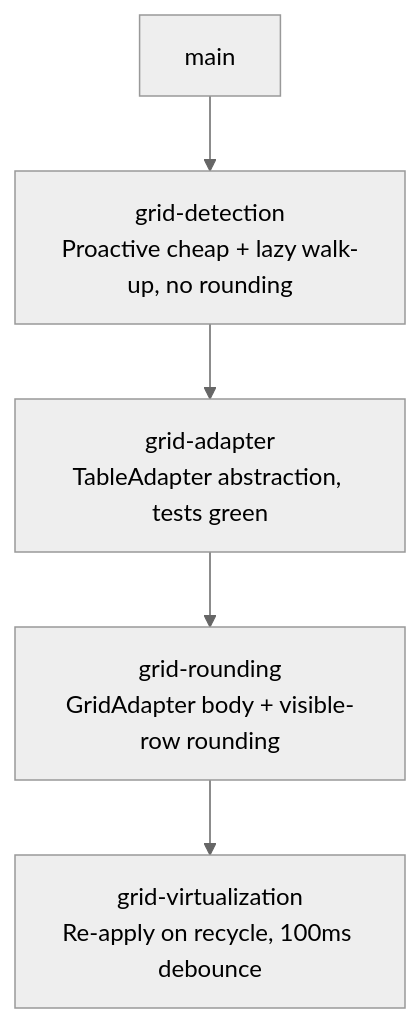
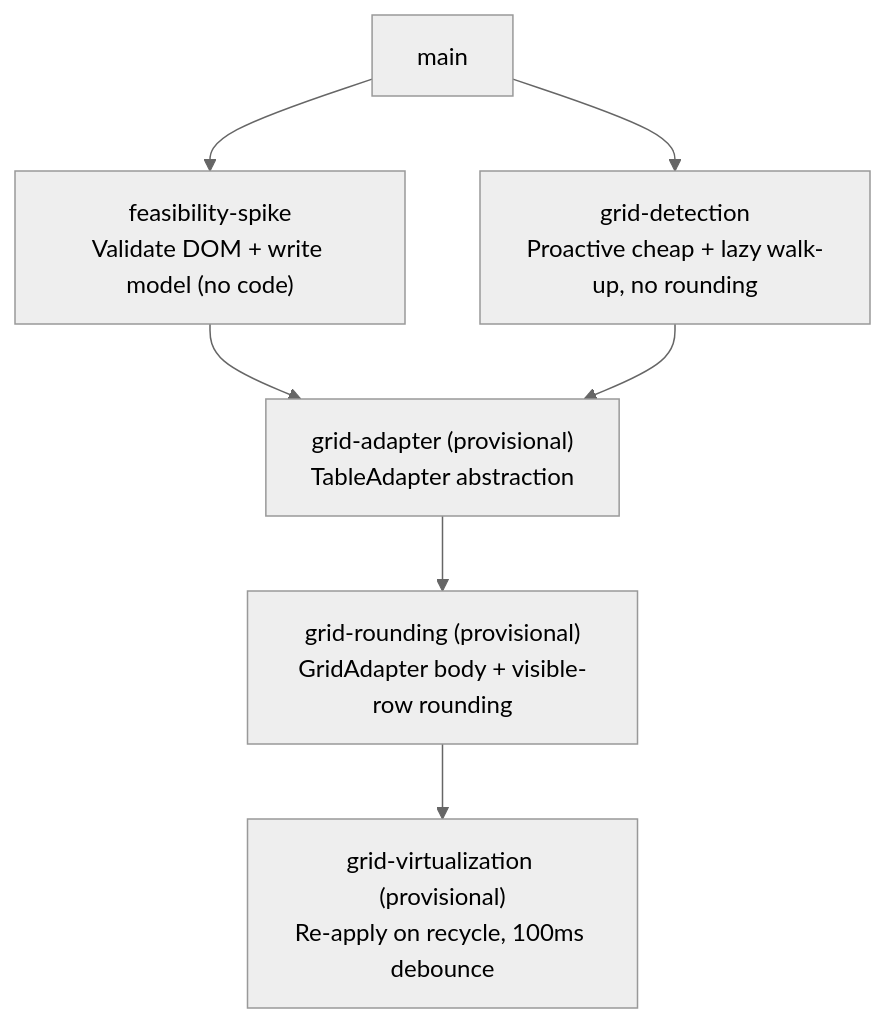
Before and after one commit to ArieFisher/dynamic-rounding: the diagram in docs/sprint-plans/grid-support.md, drawn with Mermaid (neutral theme). The commit also changed other lines of this file and 1 other file, not shown here.

First line of the commit message:
plan(grid-support): add feasibility spike (Sprint 0); encode risk-driven sequencing in sprint-plan skill

````diff
--- a/docs/sprint-plans/grid-support.md
+++ b/docs/sprint-plans/grid-support.md
@@ -247,12 +258,15 @@
 ```mermaid
 flowchart TD
     base[main]
+    s0["feasibility-spike<br/>Validate DOM + write model (no code)"]
     s1["grid-detection<br/>Proactive cheap + lazy walk-up, no rounding"]
-    s2["grid-adapter<br/>TableAdapter abstraction, tests green"]
-    s3["grid-rounding<br/>GridAdapter body + visible-row rounding"]
-    s4["grid-virtualization<br/>Re-apply on recycle, 100ms debounce"]
+    s2["grid-adapter (provisional)<br/>TableAdapter abstraction"]
+    s3["grid-rounding (provisional)<br/>GridAdapter body + visible-row rounding"]
+    s4["grid-virtualization (provisional)<br/>Re-apply on recycle, 100ms debounce"]
+    base --> s0
     base --> s1
+    s0 --> s2
     s1 --> s2
     s2 --> s3
     s3 --> s4
 ```
````
